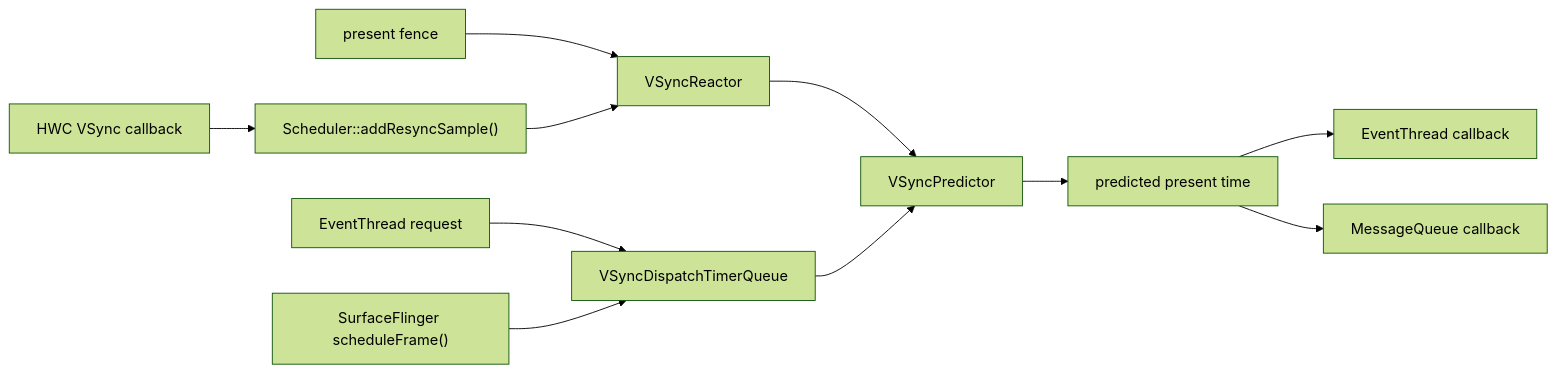
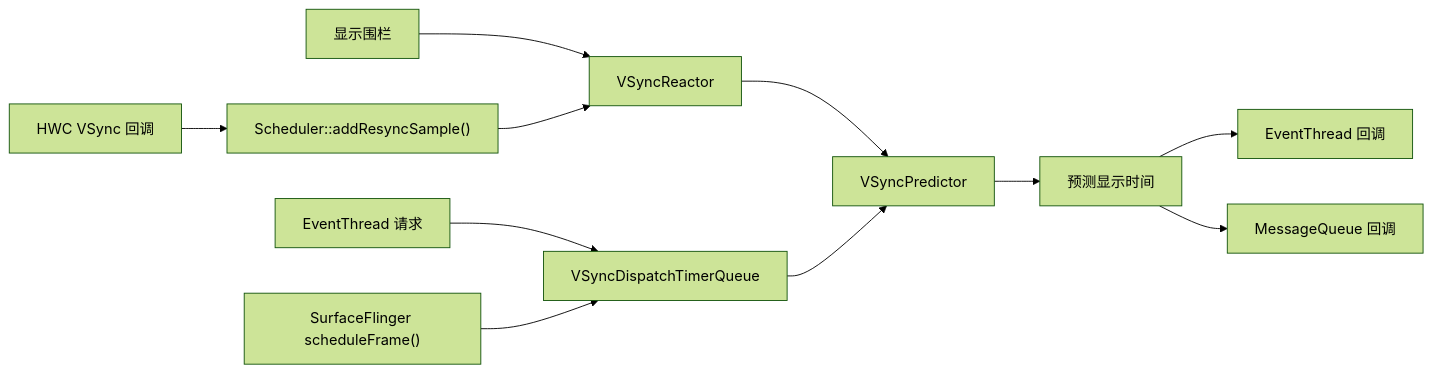
One commit to Gracker/android-internals-wiki changed the first of 4 diagrams in src/part1-fundamentals/ch02-rendering/23-vsync-scheduler-displayframerate.md. Above: the diagram before and after it, drawn with Mermaid (forest theme). The commit also changed other lines of this file and 4 other files, not shown here.

````diff
--- a/src/part1-fundamentals/ch02-rendering/23-vsync-scheduler-displayframerate.md
+++ b/src/part1-fundamentals/ch02-rendering/23-vsync-scheduler-displayframerate.md
@@ -131,13 +131,13 @@
 ```mermaid
 flowchart LR
-    HWC["HWC VSync callback"] --> SAMPLE["Scheduler::addResyncSample()"]
-    FENCE["present fence"] --> REACTOR["VSyncReactor"]
+    HWC["HWC VSync 回调"] --> SAMPLE["Scheduler::addResyncSample()"]
+    FENCE["显示围栏"] --> REACTOR["VSyncReactor"]
     SAMPLE --> REACTOR
     REACTOR --> TRACKER["VSyncPredictor"]
-    APPREQ["EventThread request"] --> DISPATCH["VSyncDispatchTimerQueue"]
+    APPREQ["EventThread 请求"] --> DISPATCH["VSyncDispatchTimerQueue"]
     SFREQ["SurfaceFlinger scheduleFrame()"] --> DISPATCH
     DISPATCH --> TRACKER
-    TRACKER --> TARGET["predicted present time"]
-    TARGET --> APPCB["EventThread callback"]
-    TARGET --> SFCB["MessageQueue callback"]
+    TRACKER --> TARGET["预测显示时间"]
+    TARGET --> APPCB["EventThread 回调"]
+    TARGET --> SFCB["MessageQueue 回调"]
 ```
````
